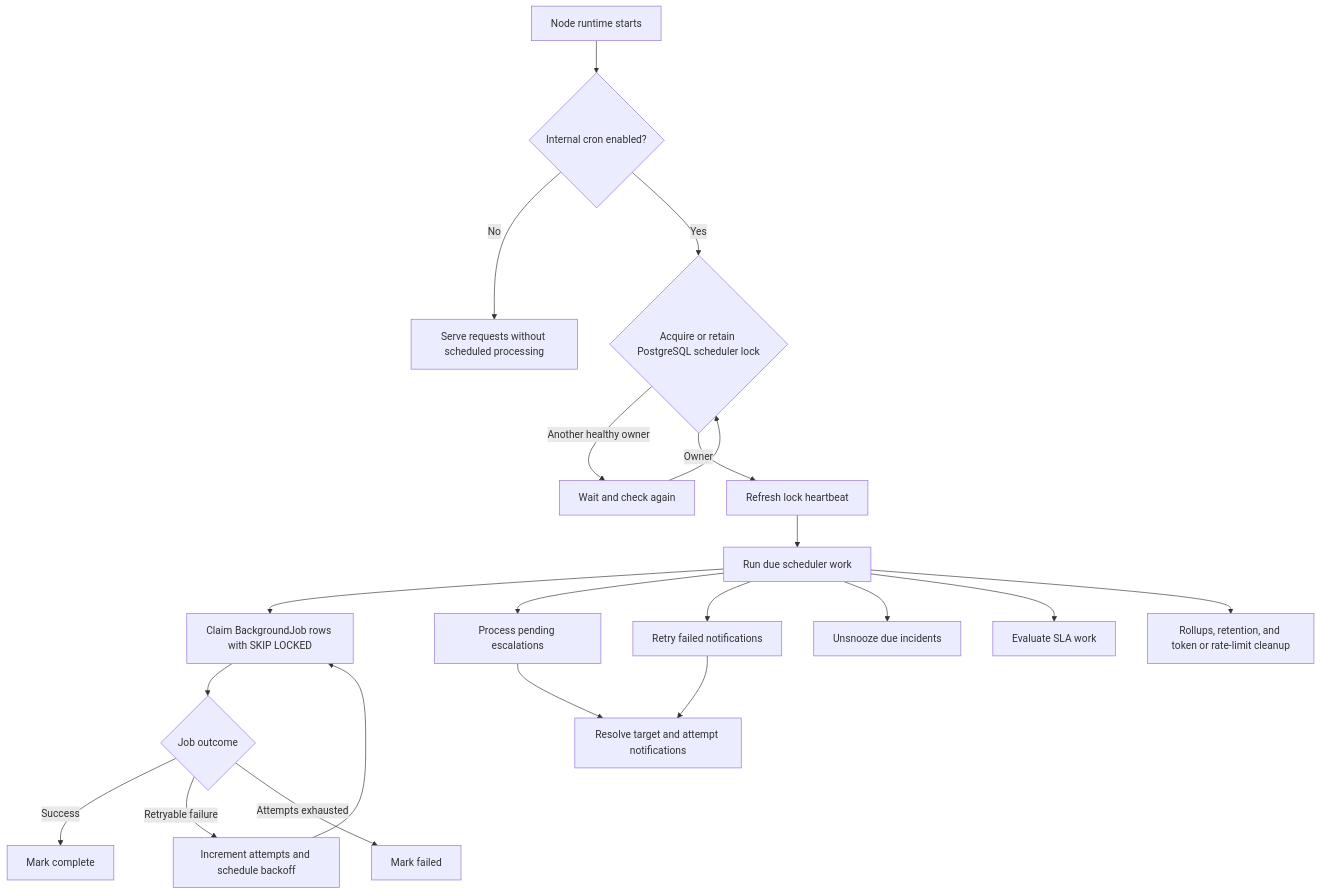
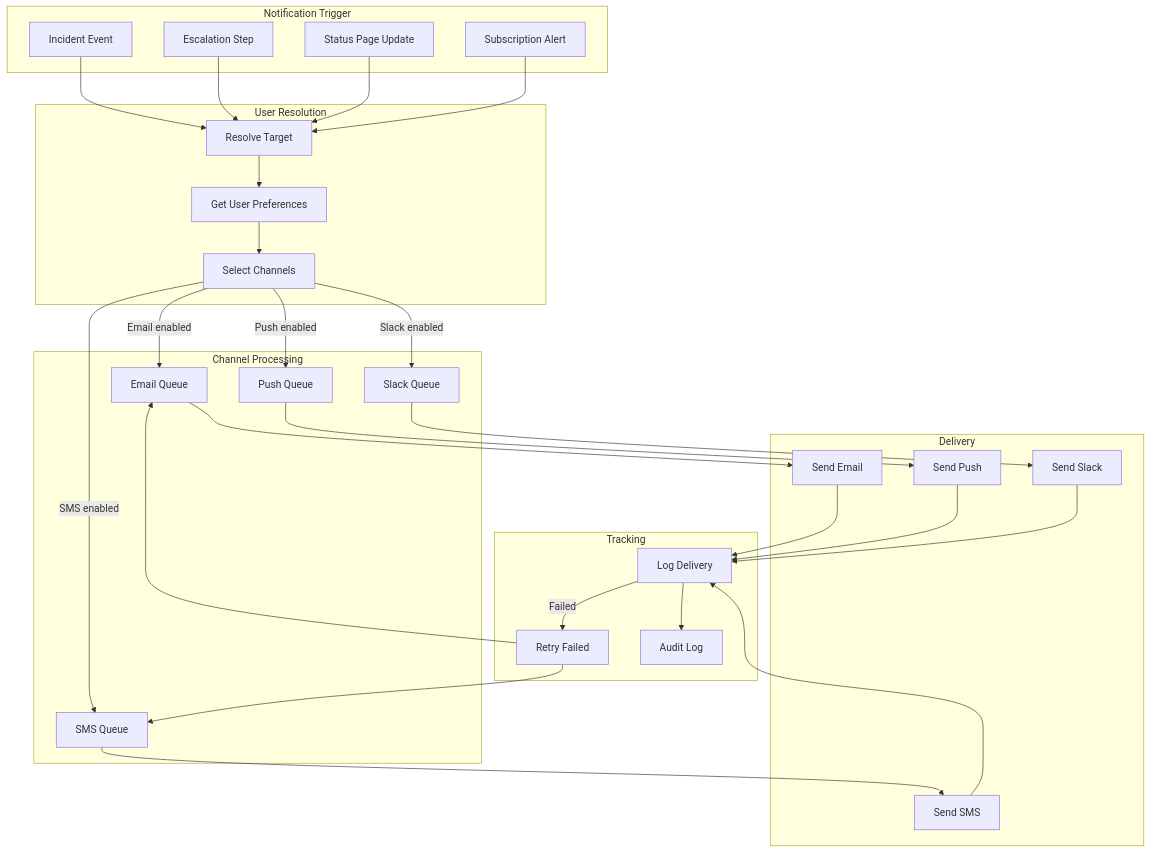
The fourth of 10 diagrams in content/docs/v1.3/architecture/diagrams.md (opsknight-labs/OpsKnight-website), drawn with Mermaid before and after one commit. The commit also changed other lines of this file and 252 other files, not shown here.

````diff
--- a/content/docs/v1.3/architecture/diagrams.md
+++ b/content/docs/v1.3/architecture/diagrams.md
@@ -103,26 +182,64 @@
 ```mermaid
 flowchart TD
-  boot[Node runtime starts] --> enabled{Internal cron enabled?}
-  enabled -->|No| requestOnly[Serve requests without scheduled processing]
-  enabled -->|Yes| lock{Acquire or retain PostgreSQL scheduler lock}
-  lock -->|Another healthy owner| standby[Wait and check again]
-  standby --> lock
-  lock -->|Owner| heartbeat[Refresh lock heartbeat]
-  heartbeat --> due[Run due scheduler work]
+    subgraph "Notification Trigger"
+        INCIDENT[Incident Event]
+        ESCALATION[Escalation Step]
+        STATUS_UPDATE[Status Page Update]
+        SUBSCRIPTION[Subscription Alert]
+    end
 
-  due --> jobs[Claim BackgroundJob rows with SKIP LOCKED]
-  due --> escalations[Process pending escalations]
-  due --> retries[Retry failed notifications]
-  due --> snooze[Unsnooze due incidents]
-  due --> sla[Evaluate SLA work]
-  due --> maintenance[Rollups, retention, and token or rate-limit cleanup]
+    subgraph "User Resolution"
+        RESOLVE_TARGET[Resolve Target]
+        RESOLVE_PREFS[Get User Preferences]
+        CHANNEL_SELECT[Select Channels]
+    end
 
-  jobs --> outcome{Job outcome}
-  outcome -->|Success| complete[Mark complete]
-  outcome -->|Retryable failure| backoff[Increment attempts and schedule backoff]
-  outcome -->|Attempts exhausted| failed[Mark failed]
-  backoff --> jobs
+    subgraph "Channel Processing"
+        EMAIL_QUEUE[Email Queue]
+        SMS_QUEUE[SMS Queue]
+        PUSH_QUEUE[Push Queue]
+        SLACK_QUEUE[Slack Queue]
+    end
 
-  escalations --> delivery[Resolve target and attempt notifications]
-  retries --> delivery
+    subgraph "Delivery"
+        EMAIL_SEND[Send Email]
+        SMS_SEND[Send SMS]
+        PUSH_SEND[Send Push]
+        SLACK_SEND[Send Slack]
+    end
+
+    subgraph "Tracking"
+        LOG_DELIVERY[Log Delivery]
+        RETRY_FAILED[Retry Failed]
+        AUDIT[Audit Log]
+    end
+
+    INCIDENT --> RESOLVE_TARGET
+    ESCALATION --> RESOLVE_TARGET
+    STATUS_UPDATE --> RESOLVE_TARGET
+    SUBSCRIPTION --> RESOLVE_TARGET
+
+    RESOLVE_TARGET --> RESOLVE_PREFS
+    RESOLVE_PREFS --> CHANNEL_SELECT
+
+    CHANNEL_SELECT -->|Email enabled| EMAIL_QUEUE
+    CHANNEL_SELECT -->|SMS enabled| SMS_QUEUE
+    CHANNEL_SELECT -->|Push enabled| PUSH_QUEUE
+    CHANNEL_SELECT -->|Slack enabled| SLACK_QUEUE
+
+    EMAIL_QUEUE --> EMAIL_SEND
+    SMS_QUEUE --> SMS_SEND
+    PUSH_QUEUE --> PUSH_SEND
+    SLACK_QUEUE --> SLACK_SEND
+
+    EMAIL_SEND --> LOG_DELIVERY
+    SMS_SEND --> LOG_DELIVERY
+    PUSH_SEND --> LOG_DELIVERY
+    SLACK_SEND --> LOG_DELIVERY
+
+    LOG_DELIVERY -->|Failed| RETRY_FAILED
+    RETRY_FAILED --> EMAIL_QUEUE
+    RETRY_FAILED --> SMS_QUEUE
+
+    LOG_DELIVERY --> AUDIT
 ```
````
